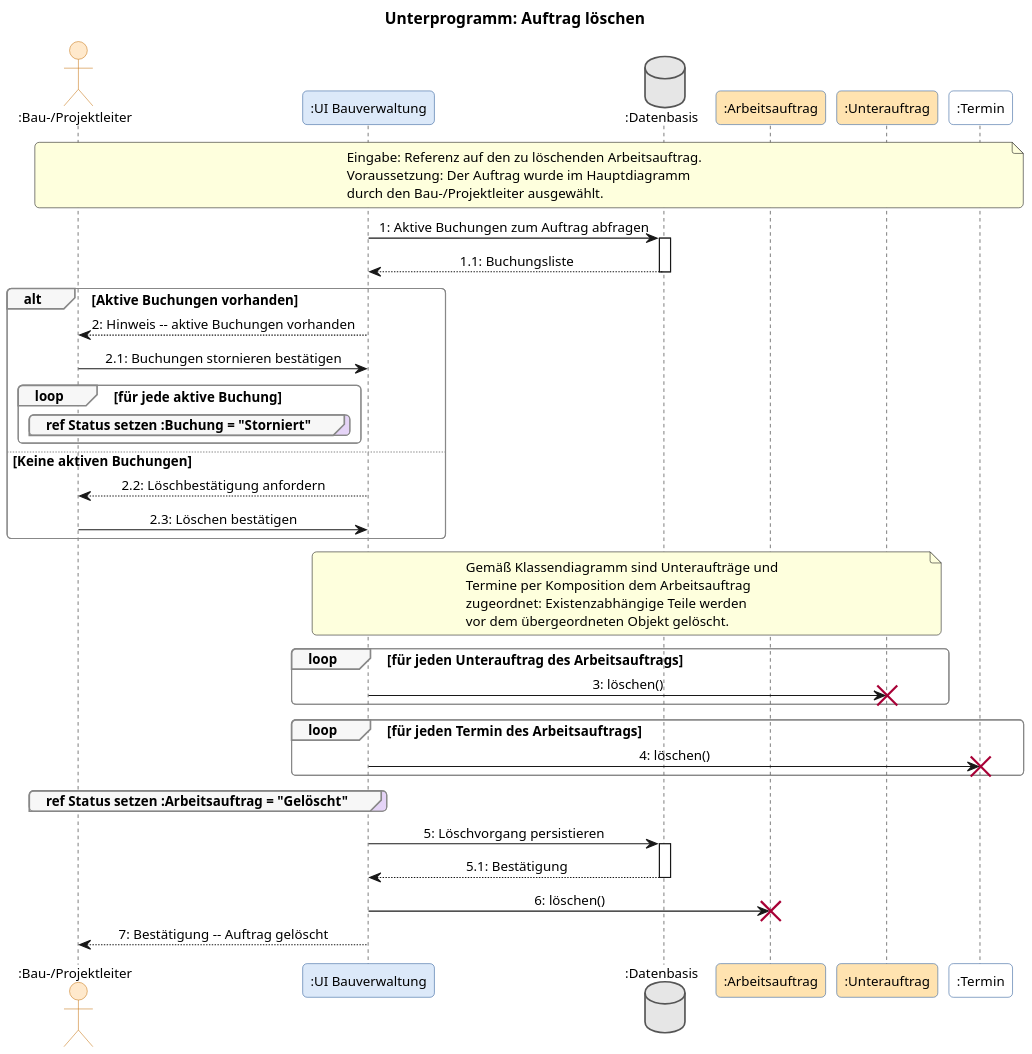
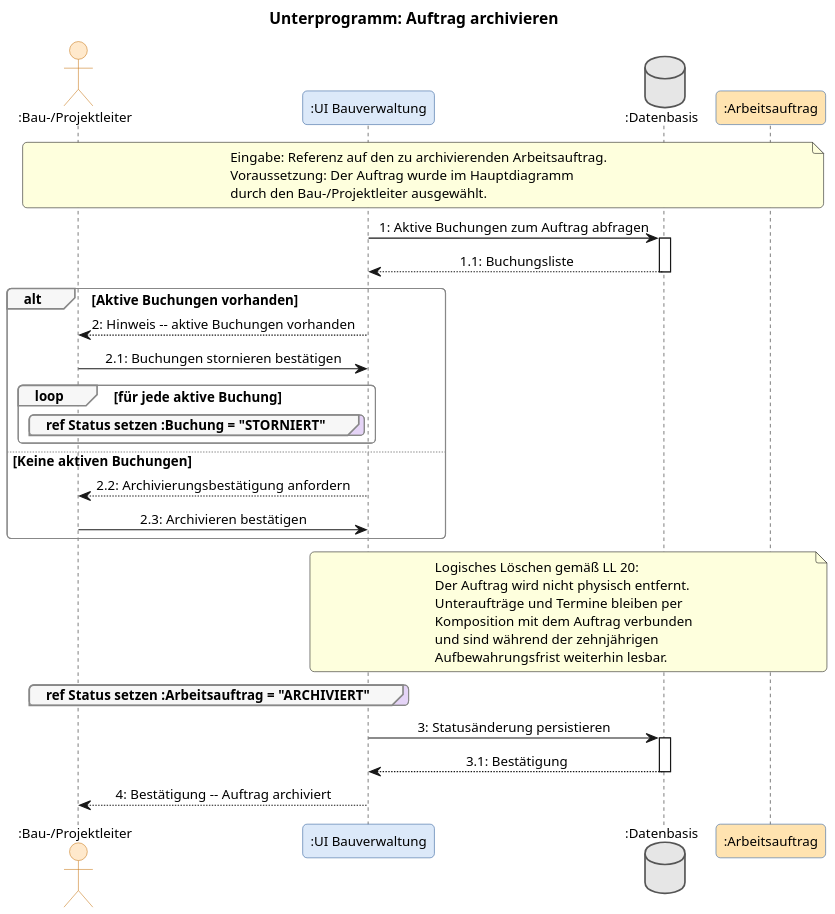
One commit to DaniPolishchuk/SWEProjekt changed the diagram in assets/SD_Unterprogramm_AuftragLoeschen.puml. Above: the diagram before and after it, drawn with PlantUML. The commit also changed 14 other files, not shown here.

Commit message:
Inkonsistenzen in Sequenz- Aktivitäts- und unterdiagrammen gefixxed

```diff
--- a/assets/SD_Unterprogramm_AuftragLoeschen.puml
+++ b/assets/SD_Unterprogramm_AuftragLoeschen.puml
@@ -1,102 +1,93 @@
 @startuml SD_Unterprogramm_AuftragLoeschen
-title Unterprogramm: Auftrag löschen
+title Unterprogramm: Auftrag archivieren
 
 skinparam dpi 150
 skinparam defaultFontName "Helvetica"
 skinparam defaultFontSize 12
 skinparam sequenceMessageAlign center
 skinparam sequenceArrowThickness 1
 skinparam roundCorner 8
 skinparam BoxPadding 14
 
 <style>
 participant {
   padding 12
 }
 </style>
 skinparam SequenceGroupBorderThickness 1
 
 skinparam ActorBackgroundColor #FFE9CC
 skinparam ActorBorderColor #C97A1B
 skinparam ParticipantBackgroundColor #DCE9F9
 skinparam ParticipantBorderColor #2E5C9A
 skinparam DatabaseBackgroundColor #E6E6E6
 skinparam DatabaseBorderColor #555555
 skinparam sequence {
     GroupBackgroundColor #F7F7F7
     GroupBorderColor     #888888
 }
 
 ' ====================================================
-'  Unterprogramm für den Löschvorgang eines
-'  Arbeitsauftrags. Beinhaltet:
-'    1. Buchungen stornieren (falls aktiv)
-'    2. Kompositionskaskade: Unteraufträge + Termine
-'    3. Status "Gelöscht" setzen und persistieren
+'  Unterprogramm für den Archivierungsvorgang eines
+'  Arbeitsauftrags. Logisches Löschen gemäß LL 20:
+'    1. Aktive Buchungen auf STORNIERT setzen
+'    2. Arbeitsauftrag auf ARCHIVIERT setzen und
+'       Statusänderung persistieren
+'  Kein physisches Entfernen; die per Komposition
+'  zugeordneten Unteraufträge und Termine bleiben
+'  gemeinsam mit dem Auftrag erhalten und sind
+'  während der zehnjährigen Aufbewahrungsfrist
+'  weiterhin lesbar.
 ' ====================================================
 
 actor       ":Bau-/Projektleiter" as Leiter
 participant ":UI Bauverwaltung"   as UI         #DCE9F9
 database    ":Datenbasis"          as DB         #E6E6E6
 participant ":Arbeitsauftrag"      as Auftrag    #FFE3B0
-participant ":Unterauftrag"        as Unterauftrag #FFE3B0
-participant ":Termin"              as Termin     #FFFFFF
 
-note over Leiter, Termin
-  Eingabe: Referenz auf den zu löschenden Arbeitsauftrag.
+note over Leiter, Auftrag
+  Eingabe: Referenz auf den zu archivierenden Arbeitsauftrag.
   Voraussetzung: Der Auftrag wurde im Hauptdiagramm
   durch den Bau-/Projektleiter ausgewählt.
 end note
 
-' --- Schritt 1: Aktive Buchungen prüfen ---
+' --- Schritt 1: Aktive Buchungen prüfen und stornieren ---
 UI -> DB: 1: Aktive Buchungen zum Auftrag abfragen
 activate DB
 DB --> UI: 1.1: Buchungsliste
 deactivate DB
 
 alt Aktive Buchungen vorhanden
     UI --> Leiter: 2: Hinweis -- aktive Buchungen vorhanden
     Leiter -> UI: 2.1: Buchungen stornieren bestätigen
 
     loop für jede aktive Buchung
-        group #E5D4F7 ref Status setzen :Buchung = "Storniert"
+        group #E5D4F7 ref Status setzen :Buchung = "STORNIERT"
         end
     end
 else Keine aktiven Buchungen
-    UI --> Leiter: 2.2: Löschbestätigung anfordern
-    Leiter -> UI: 2.3: Löschen bestätigen
+    UI --> Leiter: 2.2: Archivierungsbestätigung anfordern
+    Leiter -> UI: 2.3: Archivieren bestätigen
 end
 
-' --- Schritt 2: Kompositionskaskade ---
-note over UI, Unterauftrag
-  Gemäß Klassendiagramm sind Unteraufträge und
-  Termine per Komposition dem Arbeitsauftrag
-  zugeordnet: Existenzabhängige Teile werden
-  vor dem übergeordneten Objekt gelöscht.
+' --- Schritt 2: Arbeitsauftrag archivieren ---
+note over UI, Auftrag
+  Logisches Löschen gemäß LL 20:
+  Der Auftrag wird nicht physisch entfernt.
+  Unteraufträge und Termine bleiben per
+  Komposition mit dem Auftrag verbunden
+  und sind während der zehnjährigen
+  Aufbewahrungsfrist weiterhin lesbar.
 end note
 
-loop für jeden Unterauftrag des Arbeitsauftrags
-    UI -> Unterauftrag: 3: löschen()
-    destroy Unterauftrag
+group #E5D4F7 ref Status setzen :Arbeitsauftrag = "ARCHIVIERT"
 end
 
-loop für jeden Termin des Arbeitsauftrags
-    UI -> Termin: 4: löschen()
-    destroy Termin
-end
-
-' --- Schritt 3: Auftrag selbst löschen ---
-group #E5D4F7 ref Status setzen :Arbeitsauftrag = "Gelöscht"
-end
-
-UI -> DB: 5: Löschvorgang persistieren
+UI -> DB: 3: Statusänderung persistieren
 activate DB
-DB --> UI: 5.1: Bestätigung
+DB --> UI: 3.1: Bestätigung
 deactivate DB
 
-UI -> Auftrag: 6: löschen()
-destroy Auftrag
-
-UI --> Leiter: 7: Bestätigung -- Auftrag gelöscht
+UI --> Leiter: 4: Bestätigung -- Auftrag archiviert
 
 @enduml
```
